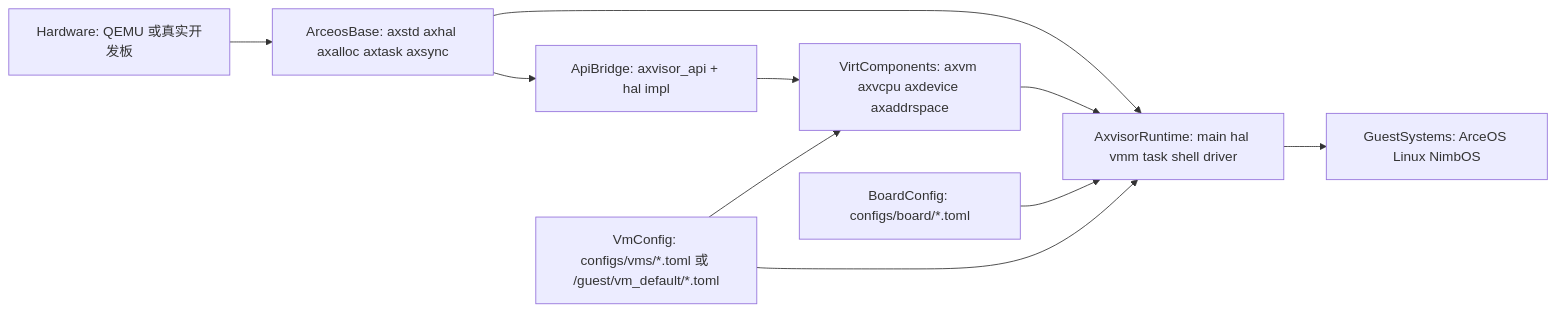
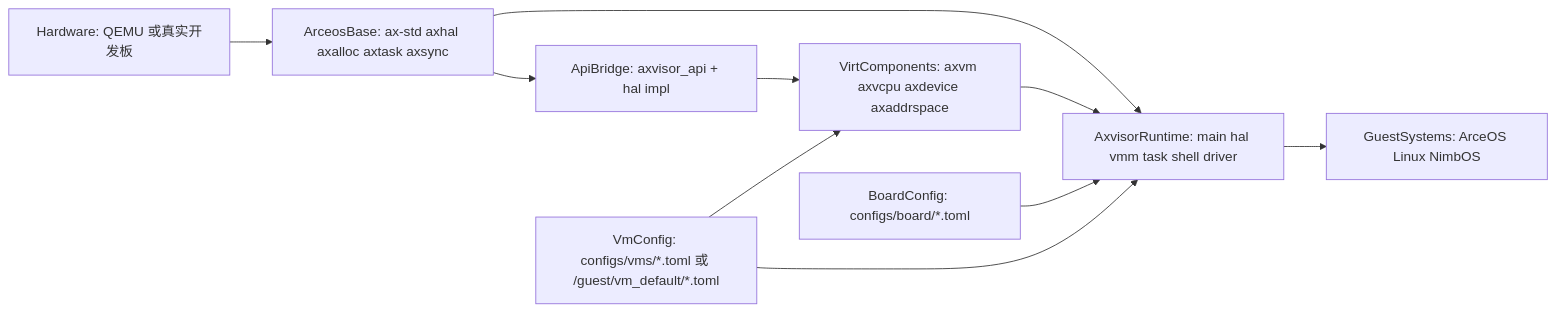
One commit to rcore-os/tgoskits changed the first of 5 diagrams in docs/axvisor-internals.md. Above: the diagram before and after it, drawn with Mermaid. The commit also changed other lines of this file and 153 other files, not shown here.

Commit message:
rename axstd to ax-std

````diff
--- a/docs/axvisor-internals.md
+++ b/docs/axvisor-internals.md
@@ -26,21 +26,21 @@
 ```mermaid
 flowchart LR
     hardware["Hardware: QEMU 或真实开发板"]
-    arceosBase["ArceosBase: axstd axhal axalloc axtask axsync"]
+    arceosBase["ArceosBase: ax-std axhal axalloc axtask axsync"]
     virtComponents["VirtComponents: axvm axvcpu axdevice axaddrspace"]
     apiBridge["ApiBridge: axvisor_api + hal impl"]
     axvisorRuntime["AxvisorRuntime: main hal vmm task shell driver"]
     guestSystems["GuestSystems: ArceOS Linux NimbOS"]
     boardConfig["BoardConfig: configs/board/*.toml"]
     vmConfig["VmConfig: configs/vms/*.toml 或 /guest/vm_default/*.toml"]
 
     hardware --> arceosBase
     arceosBase --> apiBridge
     arceosBase --> axvisorRuntime
     virtComponents --> axvisorRuntime
     apiBridge --> virtComponents
     axvisorRuntime --> guestSystems
     boardConfig --> axvisorRuntime
     vmConfig --> axvisorRuntime
     vmConfig --> virtComponents
 ```
````
